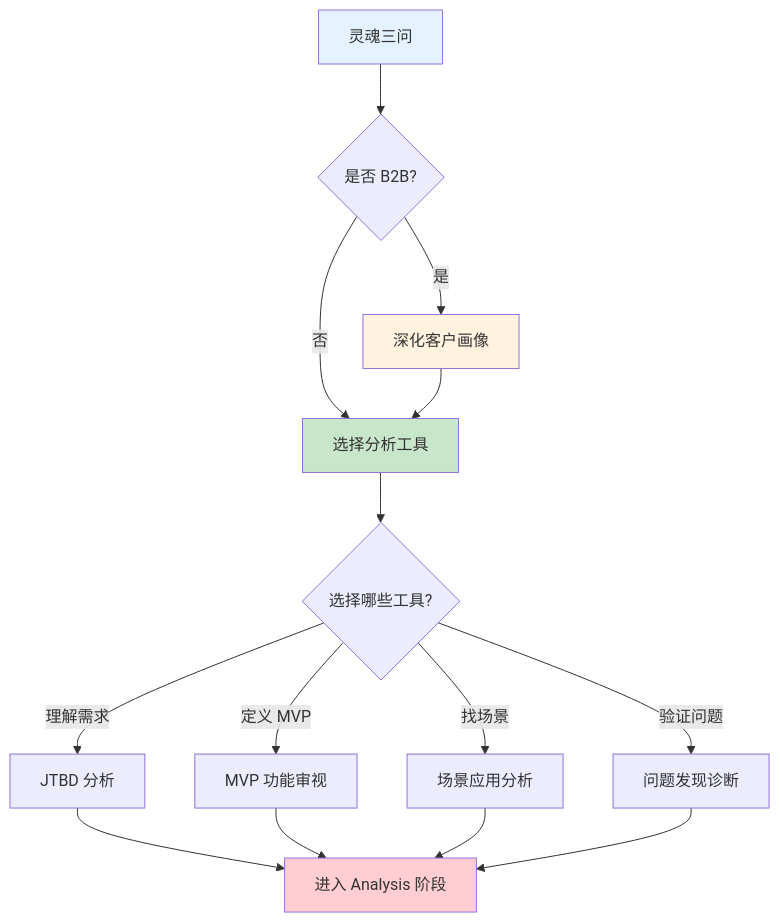
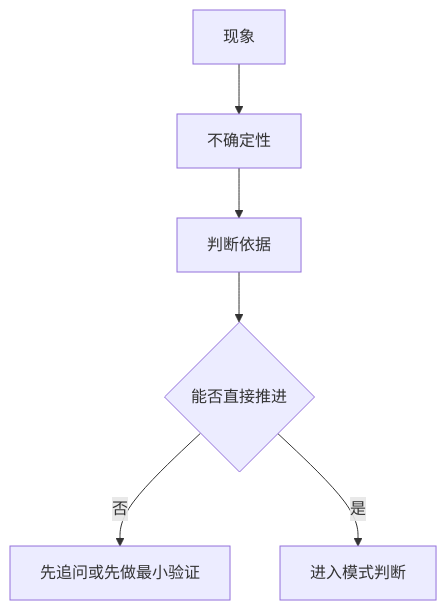
One commit to ssdiwu/product-thinking changed diagram 18 of 20 in references/mermaid-best-practices.md. Above: the diagram before and after it, drawn with Mermaid. The commit also changed other lines of this file and 31 other files, not shown here.

````diff
--- a/references/mermaid-best-practices.md
+++ b/references/mermaid-best-practices.md
@@ -515,23 +509,8 @@
 ```mermaid
 graph TD
-    A[灵魂三问] --> B{是否 B2B?}
-    B -->|是| C[深化客户画像]
-    B -->|否| D[选择分析工具]
-    C --> D
-
-    D --> E{选择哪些工具?}
-    E -->|理解需求| F[JTBD 分析]
-    E -->|定义 MVP| G[MVP 功能审视]
-    E -->|找场景| H[场景应用分析]
-    E -->|验证问题| I[问题发现诊断]
-
-    F --> J[进入 Analysis 阶段]
-    G --> J
-    H --> J
-    I --> J
-
-    style A fill:#e3f2fd
-    style C fill:#fff3e0
-    style D fill:#c8e6c9
-    style J fill:#ffcdd2
+    A[现象] --> B[不确定性]
+    B --> C[判断依据]
+    C --> D{能否直接推进}
+    D -->|否| E[先追问或先做最小验证]
+    D -->|是| F[进入模式判断]
 ```
````
